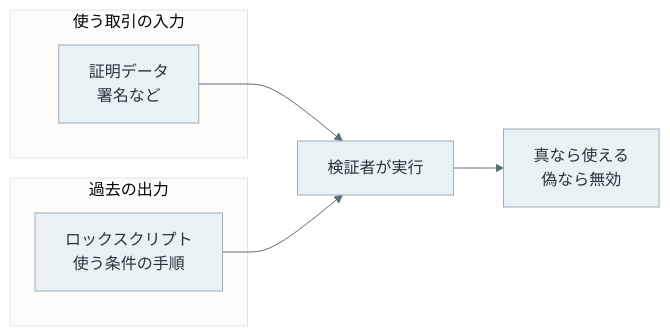
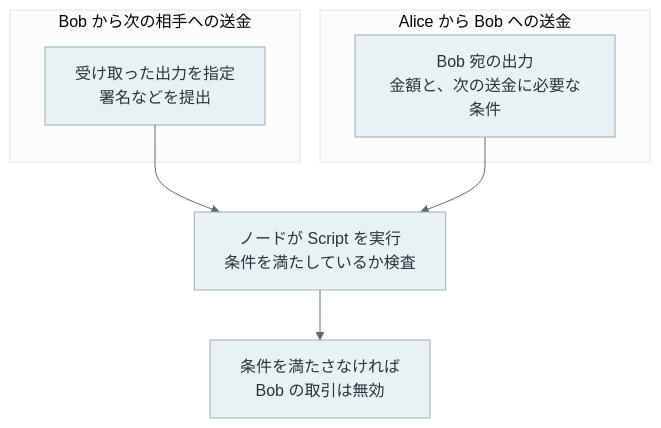
One commit to nao1215/debimate changed the first of 4 diagrams in content/notes/blockchain-systems/bitcoin-script/index.md. Above: the diagram before and after it, drawn with Mermaid. The commit also changed other lines of this file and 101 other files, not shown here.

Commit message:
feat(notes): add blockchain labs and improve technical diagrams

````diff
--- a/content/notes/blockchain-systems/bitcoin-script/index.md
+++ b/content/notes/blockchain-systems/bitcoin-script/index.md
@@ -16,14 +17,14 @@
 ```mermaid
 %%{init: {"theme":"base","themeVariables":{"primaryColor":"#eaf1f5","primaryTextColor":"#28343b","primaryBorderColor":"#9cabb5","lineColor":"#596b76","textColor":"#28343b","actorBkg":"#eaf1f5","actorBorder":"#9cabb5","actorTextColor":"#28343b","actorLineColor":"#9cabb5","signalColor":"#596b76","signalTextColor":"#28343b","noteBkgColor":"#f7f1e5","noteBorderColor":"#c5b99b","noteTextColor":"#403c32","activationBkgColor":"#edf3ef","activationBorderColor":"#9aafa1"}}}%%
-flowchart LR
-    subgraph OUT["過去の出力"]
-        L["ロックスクリプト<br/>使う条件の手順"]
+flowchart TD
+    subgraph OUT["Alice から Bob への送金"]
+        L["Bob 宛の出力<br/>金額と、次の送金に必要な条件"]
     end
-    subgraph IN["使う取引の入力"]
-        U["証明データ<br/>署名など"]
+    subgraph IN["Bob から次の相手への送金"]
+        U["受け取った出力を指定<br/>署名などを提出"]
     end
-    U --> E["検証者が実行"]
+    U --> E["ノードが Script を実行<br/>条件を満たしているか検査"]
     L --> E
-    E --> R["真なら使える<br/>偽なら無効"]
+    E --> R["条件を満たさなければ<br/>Bob の取引は無効"]
     classDef default fill:#eaf1f5,stroke:#9cabb5,color:#28343b;
 ```
````
